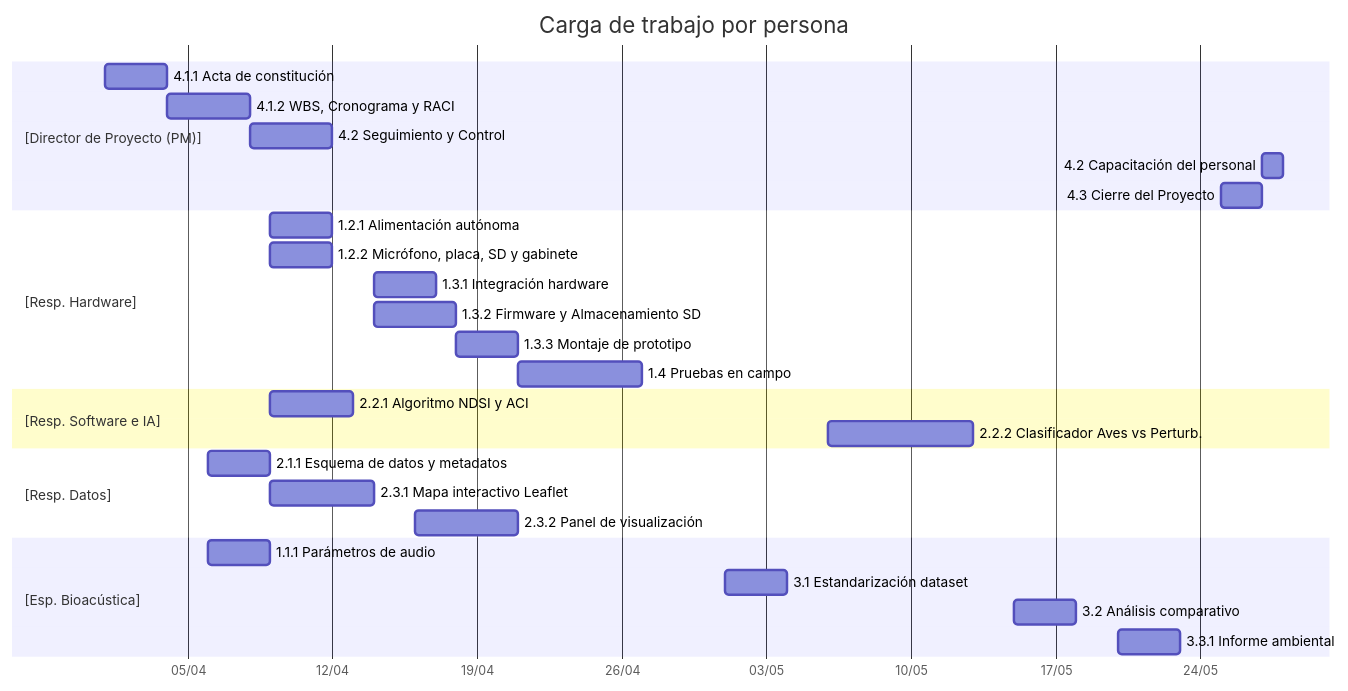
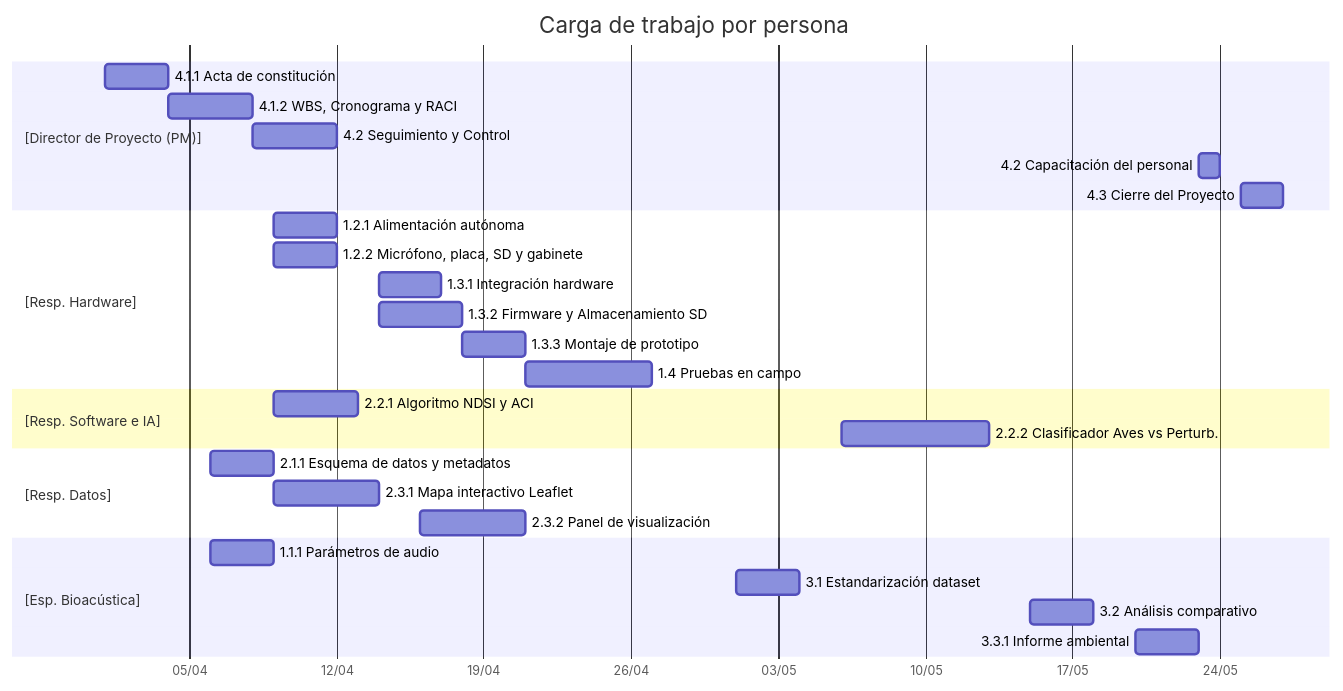
One commit to fatimalunazzz/GestionProyecto changed the diagram in asignacion-recursosREVISAR.md. Above: the diagram before and after it, drawn with Mermaid.

Commit message:
Fix dependency reference for personal training task

````diff
--- a/asignacion-recursosREVISAR.md
+++ b/asignacion-recursosREVISAR.md
@@ -46,36 +46,36 @@
 ```mermaid
 gantt
     title Carga de trabajo por persona
     dateFormat YYYY-MM-DD
     axisFormat %d/%m
 
     section [Director de Proyecto (PM)]
     4.1.1 Acta de constitución           :p0t1, 2026-04-01, 3d
     4.1.2 WBS, Cronograma y RACI          :p0t2, after p0t1, 4d
     4.2 Seguimiento y Control             :p0t3, after p0t2, 4d
-    4.2 Capacitación del personal         :p0t4, after p0t5, 1d
+    4.2 Capacitación del personal         :p0t4, after p4t4, 1d
     4.3 Cierre del Proyecto               :p0t5, 2026-05-25, 2d
 
     section [Resp. Hardware]
     1.2.1 Alimentación autónoma           :p1t1, 2026-04-09, 3d
     1.2.2 Micrófono, placa, SD y gabinete :p1t2, 2026-04-09, 3d
     1.3.1 Integración hardware            :p1t3, 2026-04-14, 3d
     1.3.2 Firmware y Almacenamiento SD    :p1t4, 2026-04-14, 4d
     1.3.3 Montaje de prototipo            :p1t5, after p1t4, 3d
     1.4 Pruebas en campo                  :p1t6, after p1t5, 6d
 
     section [Resp. Software e IA]
     2.2.1 Algoritmo NDSI y ACI            :p2t1, 2026-04-09, 4d
     2.2.2 Clasificador Aves vs Perturb.   :p2t2, 2026-05-06, 7d
 
     section [Resp. Datos]
     2.1.1 Esquema de datos y metadatos    :p3t1, 2026-04-06, 3d
     2.3.1 Mapa interactivo Leaflet        :p3t2, 2026-04-09, 5d
     2.3.2 Panel de visualización          :p3t3, 2026-04-16, 5d
 
     section [Esp. Bioacústica]
     1.1.1 Parámetros de audio             :p4t1, 2026-04-06, 3d
     3.1 Estandarización dataset           :p4t2, 2026-05-01, 3d
     3.2 Análisis comparativo              :p4t3, 2026-05-15, 3d
     3.3.1 Informe ambiental               :p4t4, 2026-05-20, 3d
 ```
````
